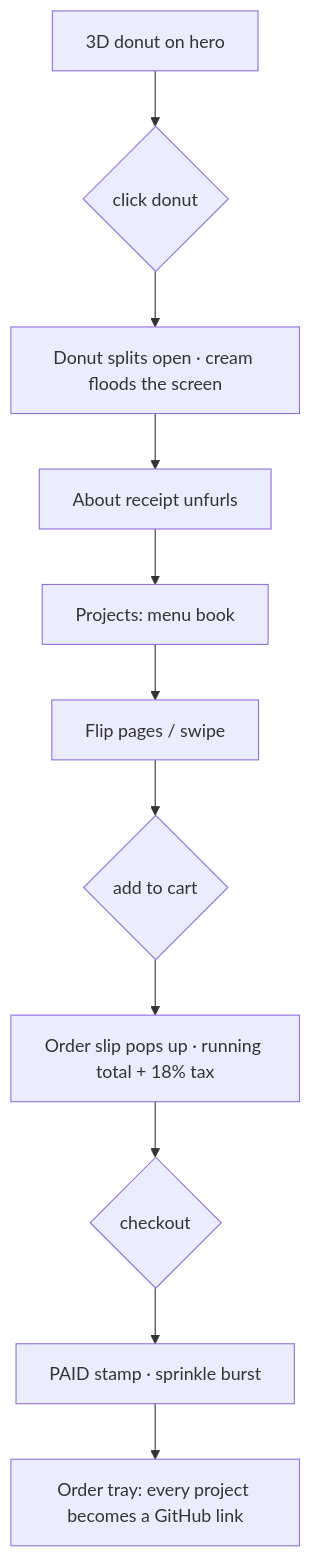
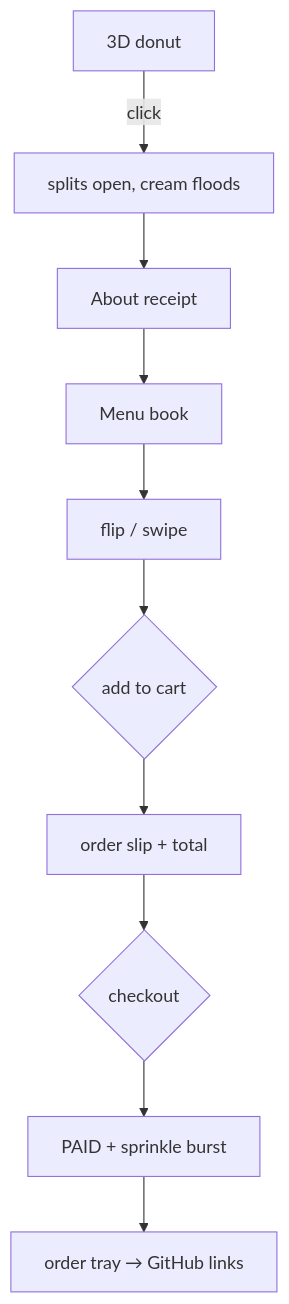
One commit to amritkang165/MyDonut changed the first of 2 diagrams in README.md. Above: the diagram before and after it, drawn with Mermaid. The commit also changed other lines of this file, not shown here.

````diff
--- a/README.md
+++ b/README.md
@@ -32,13 +27,12 @@
 ```mermaid
 flowchart TD
-    A["3D donut on hero"] --> B{"click donut"}
-    B --> C["Donut splits open · cream floods the screen"]
-    C --> D["About receipt unfurls"]
-    D --> E["Projects: menu book"]
-    E --> F["Flip pages / swipe"]
-    F --> G{"add to cart"}
-    G --> H["Order slip pops up · running total + 18% tax"]
-    H --> I{"checkout"}
-    I --> J["PAID stamp · sprinkle burst"]
-    J --> K["Order tray: every project becomes a GitHub link"]
+    A["3D donut"] -->|click| B["splits open, cream floods"]
+    B --> C["About receipt"]
+    C --> D["Menu book"]
+    D --> E["flip / swipe"]
+    E --> F{"add to cart"}
+    F --> G["order slip + total"]
+    G --> H{"checkout"}
+    H --> I["PAID + sprinkle burst"]
+    I --> J["order tray → GitHub links"]
 ```
````
